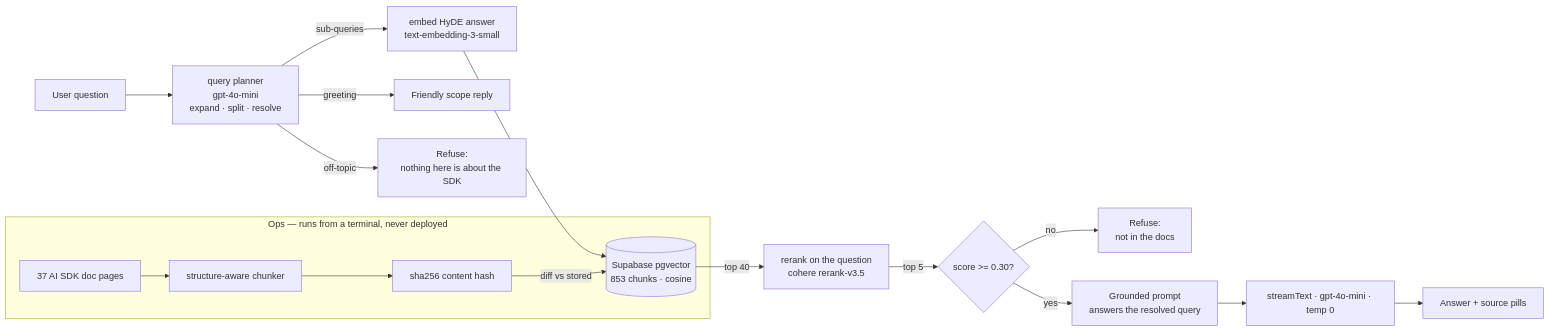
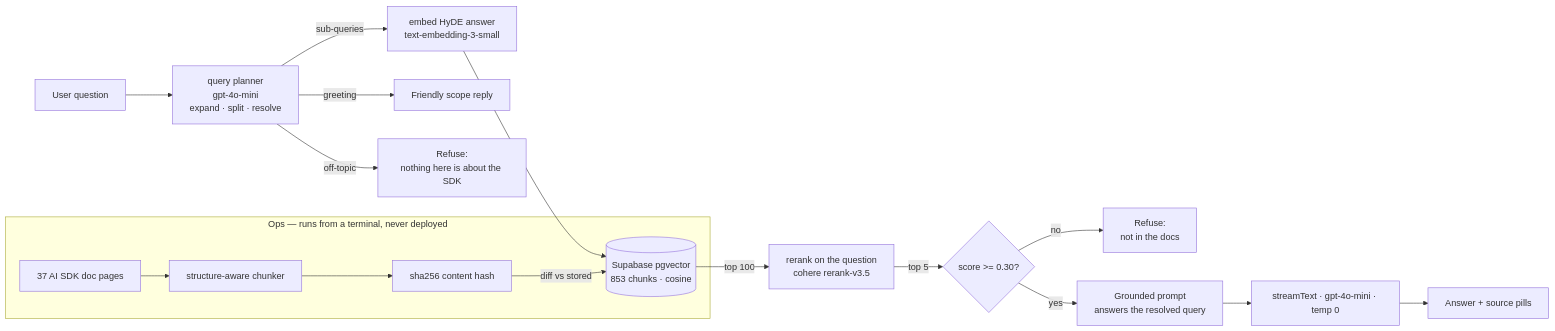
Before and after one commit to Alla-N/docs-copilot: the diagram in README.md, drawn with Mermaid. The commit also changed other lines of this file and 7 other files, not shown here.

````diff
--- a/README.md
+++ b/README.md
@@ -58,20 +80,20 @@
 ```mermaid
 flowchart LR
     Q[User question] --> P[query planner<br/>gpt-4o-mini<br/>expand · split · resolve]
     P -->|greeting| GR[Friendly scope reply]
     P -->|off-topic| OT[Refuse:<br/>nothing here is about the SDK]
     P -->|sub-queries| E[embed HyDE answer<br/>text-embedding-3-small]
     E --> V[(Supabase pgvector<br/>853 chunks · cosine)]
-    V -->|top 40| R[rerank on the question<br/>cohere rerank-v3.5]
+    V -->|top 100| R[rerank on the question<br/>cohere rerank-v3.5]
     R -->|top 5| T{score >= 0.30?}
     T -->|no| REF[Refuse:<br/>not in the docs]
     T -->|yes| S[Grounded prompt<br/>answers the resolved query]
     S --> G[streamText · gpt-4o-mini · temp 0]
     G --> UI[Answer + source pills]
 
     subgraph offline [Ops — runs from a terminal, never deployed]
         D[37 AI SDK doc pages] --> C[structure-aware chunker]
         C --> H[sha256 content hash]
         H -->|diff vs stored| V
     end
 ```
````
